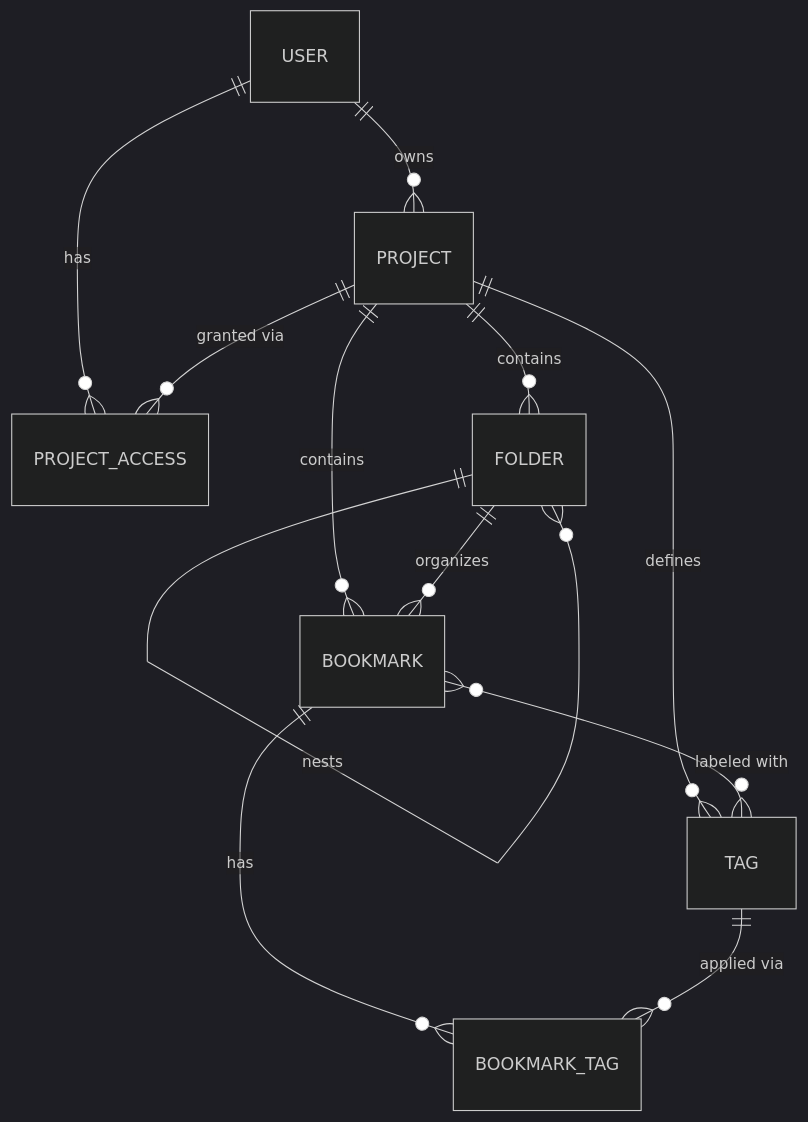
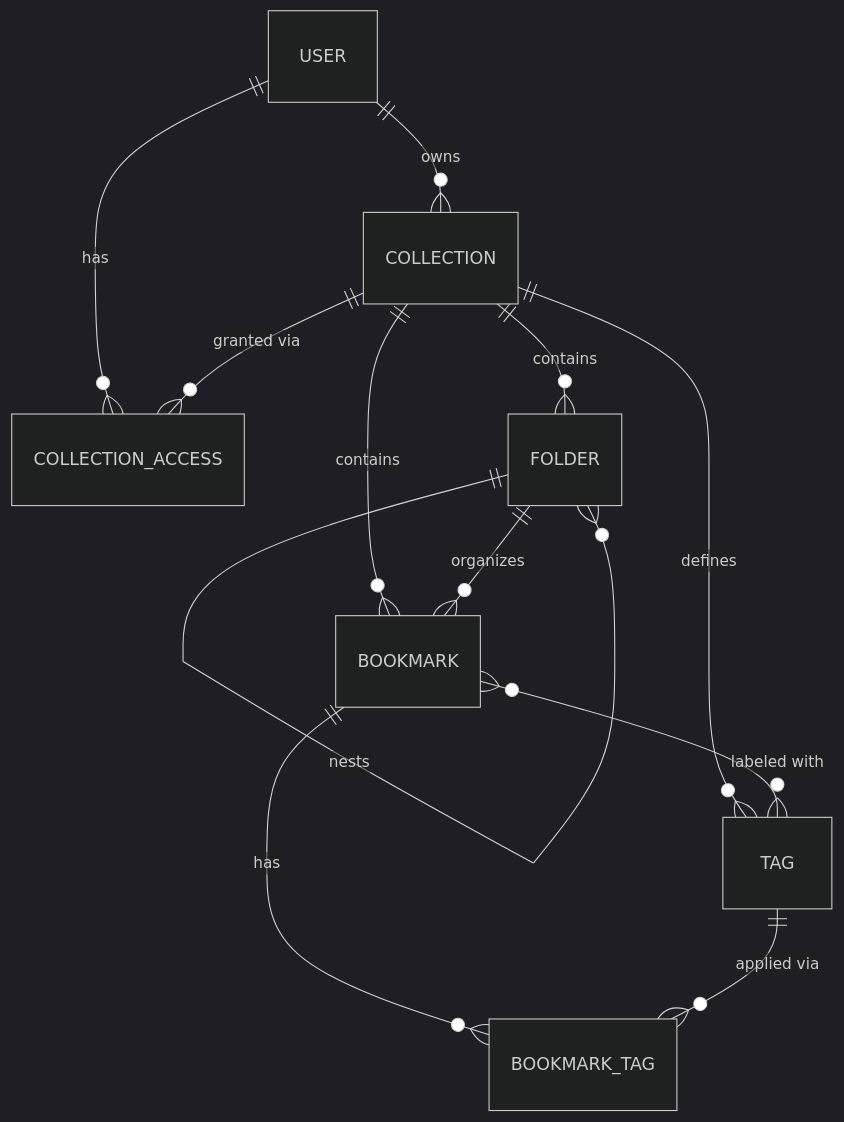
Before and after one commit to linkweave/linkweave: the diagram in docs/entity_model.md, drawn with Mermaid (dark theme). The commit also changed other lines of this file and 14 other files, not shown here.

````diff
--- a/docs/entity_model.md
+++ b/docs/entity_model.md
@@ -11,14 +11,14 @@
 ```mermaid
 erDiagram
-    USER ||--o{ PROJECT : "owns"
-    USER ||--o{ PROJECT_ACCESS : "has"
-    PROJECT ||--o{ PROJECT_ACCESS : "granted via"
-    PROJECT ||--o{ BOOKMARK : "contains"
-    PROJECT ||--o{ FOLDER : "contains"
-    PROJECT ||--o{ TAG : "defines"
+    USER ||--o{ COLLECTION : "owns"
+    USER ||--o{ COLLECTION_ACCESS : "has"
+    COLLECTION ||--o{ COLLECTION_ACCESS : "granted via"
+    COLLECTION ||--o{ BOOKMARK : "contains"
+    COLLECTION ||--o{ FOLDER : "contains"
+    COLLECTION ||--o{ TAG : "defines"
     FOLDER ||--o{ BOOKMARK : "organizes"
     FOLDER ||--o{ FOLDER : "nests"
     BOOKMARK }o--o{ TAG : "labeled with"
     BOOKMARK ||--o{ BOOKMARK_TAG : "has"
     TAG ||--o{ BOOKMARK_TAG : "applied via"
 ```
````
